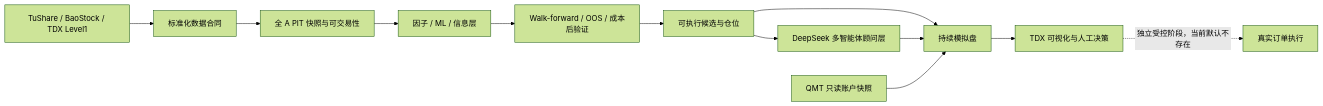
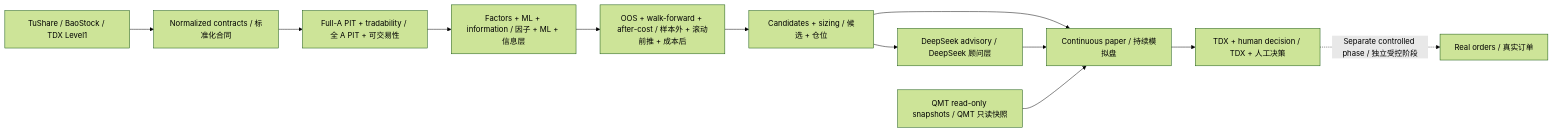
The diagram in README.md (Atlas2005/QuantPilot-AI-Next), drawn with Mermaid (forest theme) before and after one commit. The commit also changed other lines of this file and 4 other files, not shown here.

````diff
--- a/README.md
+++ b/README.md
@@ -76,14 +87,14 @@
 ```mermaid
 flowchart LR
-    A["TuShare / BaoStock / TDX Level1"] --> B["标准化数据合同"]
-    B --> C["全 A PIT 快照与可交易性"]
-    C --> D["因子 / ML / 信息层"]
-    D --> E["Walk-forward / OOS / 成本后验证"]
-    E --> F["可执行候选与仓位"]
-    F --> G["DeepSeek 多智能体顾问层"]
-    F --> H["持续模拟盘"]
+    A["TuShare / BaoStock / TDX Level1"] --> B["Normalized contracts / 标准化合同"]
+    B --> C["Full-A PIT + tradability / 全 A PIT + 可交易性"]
+    C --> D["Factors + ML + information / 因子 + ML + 信息层"]
+    D --> E["OOS + walk-forward + after-cost / 样本外 + 滚动前推 + 成本后"]
+    E --> F["Candidates + sizing / 候选 + 仓位"]
+    F --> G["DeepSeek advisory / DeepSeek 顾问层"]
+    F --> H["Continuous paper / 持续模拟盘"]
     G --> H
-    H --> I["TDX 可视化与人工决策"]
-    J["QMT 只读账户快照"] --> H
-    I -. "独立受控阶段，当前默认不存在" .-> K["真实订单执行"]
+    H --> I["TDX + human decision / TDX + 人工决策"]
+    J["QMT read-only snapshots / QMT 只读快照"] --> H
+    I -. "Separate controlled phase / 独立受控阶段" .-> K["Real orders / 真实订单"]
 ```
````
